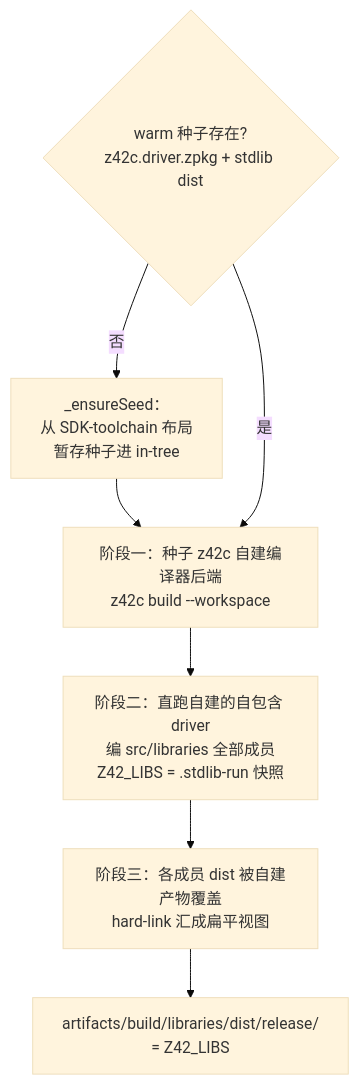
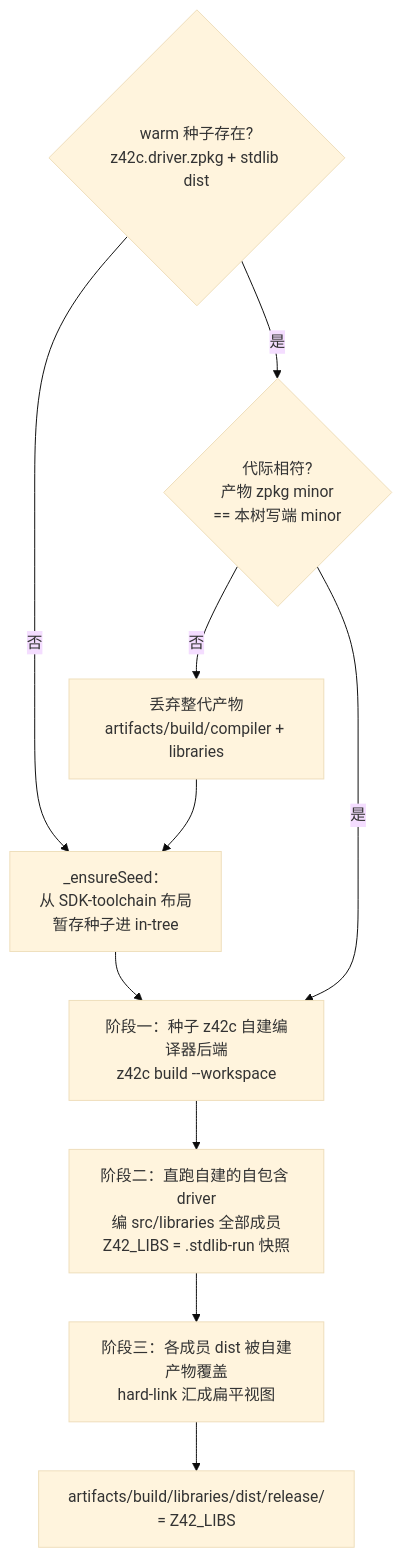
Before and after one commit to z42-lang/z42: the first of 2 diagrams in docs/internals/src/devinfra/build.md, drawn with Mermaid (base theme). The commit also changed other lines of this file and 2 other files, not shown here.

````diff
--- a/docs/internals/src/devinfra/build.md
+++ b/docs/internals/src/devinfra/build.md
@@ -46,9 +46,12 @@
 ```mermaid
 graph TD
     S{warm 种子存在?<br/>z42c.driver.zpkg + stdlib dist} -->|否| C0[_ensureSeed：<br/>从 SDK-toolchain 布局<br/>暂存种子进 in-tree]
+    S -->|是| G{代际相符?<br/>产物 zpkg minor<br/>== 本树写端 minor}
+    G -->|否| D0[丢弃整代产物<br/>artifacts/build/compiler + libraries]
+    D0 --> C0
     C0 --> P1
-    S -->|是| P1[阶段一：种子 z42c 自建编译器后端<br/>z42c build --workspace]
+    G -->|是| P1[阶段一：种子 z42c 自建编译器后端<br/>z42c build --workspace]
     P1 --> P2[阶段二：直跑自建的自包含 driver<br/>编 src/libraries 全部成员<br/>Z42_LIBS = .stdlib-run 快照]
     P2 --> P3[阶段三：各成员 dist 被自建产物覆盖<br/>hard-link 汇成扁平视图]
     P3 --> OUT[artifacts/build/libraries/dist/release/<br/>= Z42_LIBS]
 ```
````
